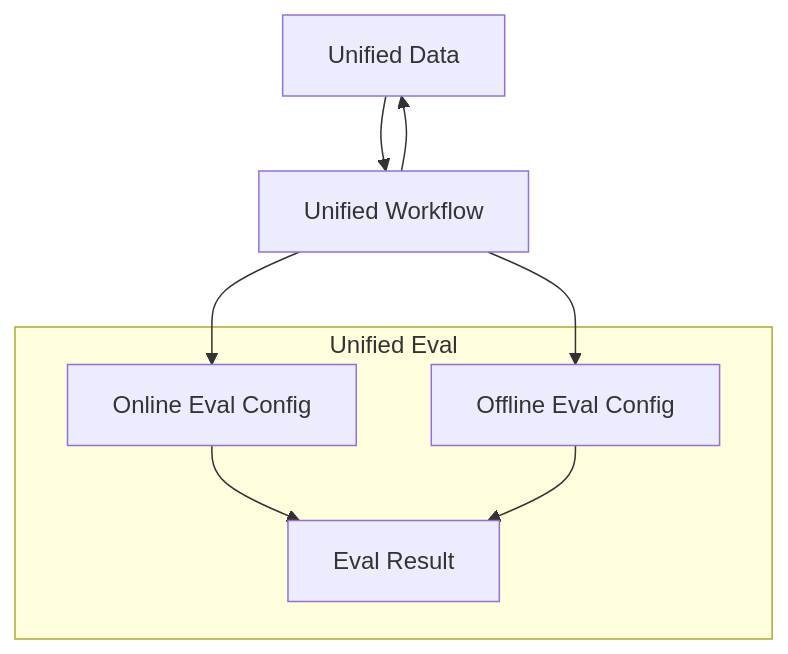
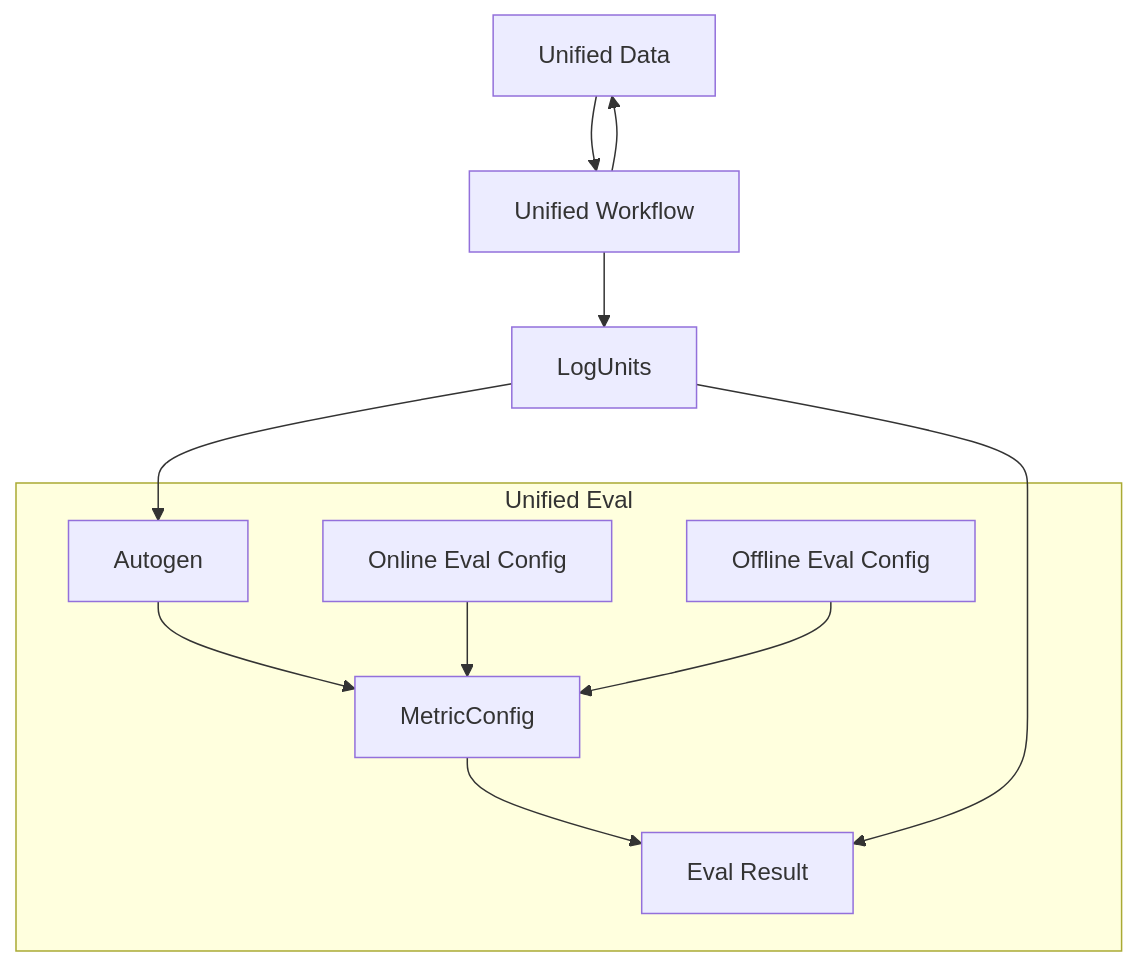
The second of 7 diagrams in design.md (wcpeter1988/instrument), drawn with Mermaid before and after one commit. The commit also changed other lines of this file and 54 other files, not shown here.

````diff
--- a/design.md
+++ b/design.md
@@ -51,20 +66,26 @@
 ```mermaid
 flowchart TD
     Data[Unified Data]
     Workflow[Unified Workflow]
+    LogUnitNode[LogUnits]
     
     subgraph Eval[Unified Eval]
       OnlineConfig[Online Eval Config]
       OfflineConfig[Offline Eval Config]
+      AutoGen[Autogen]
+      MetricConfigNode[MetricConfig]
       Metrics[Eval Result]
     end
 
 
   %% main flow
   Data --> Workflow
   Workflow --> Data
-  Workflow --> OnlineConfig
-  Workflow --> OfflineConfig
-  OnlineConfig --> Metrics
-  OfflineConfig --> Metrics
+  Workflow --> LogUnitNode
+  LogUnitNode --> AutoGen
+  AutoGen --> MetricConfigNode
+  OnlineConfig --> MetricConfigNode
+  OfflineConfig --> MetricConfigNode
+  MetricConfigNode --> Metrics
+  LogUnitNode --> Metrics
 ```
````
